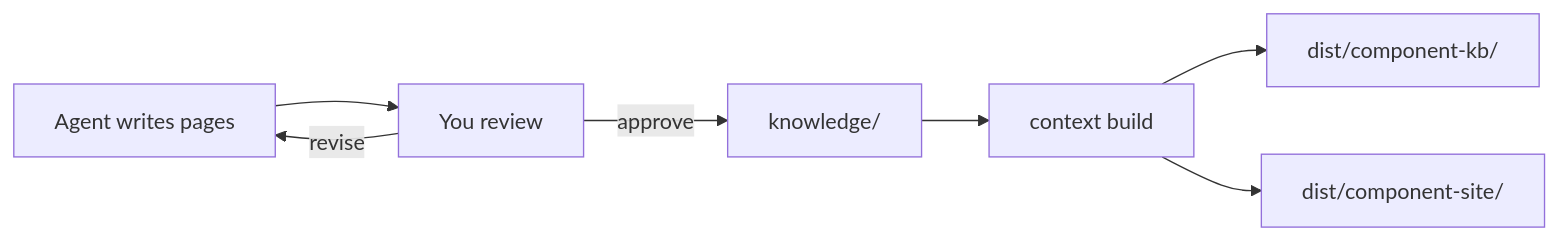
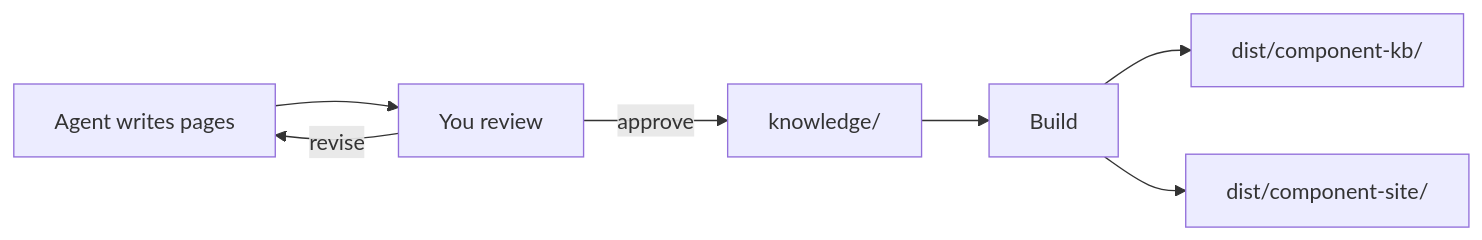
The diagram in knowledge/product/getting-started/quick-start.md (context4ai/portal), drawn with Mermaid before and after one commit. The commit also changed other lines of this file and 138 other files, not shown here.

````diff
--- a/knowledge/product/getting-started/quick-start.md
+++ b/knowledge/product/getting-started/quick-start.md
@@ -91,9 +79,9 @@
 ```mermaid
 flowchart LR
   write["Agent writes pages"] --> review["You review"]
   review -->|revise| write
   review -->|approve| kn["knowledge/"]
-  kn --> build["context build"]
+  kn --> build["Build"]
   build --> kb["dist/component-kb/"]
   build --> site["dist/component-site/"]
 ```
````
